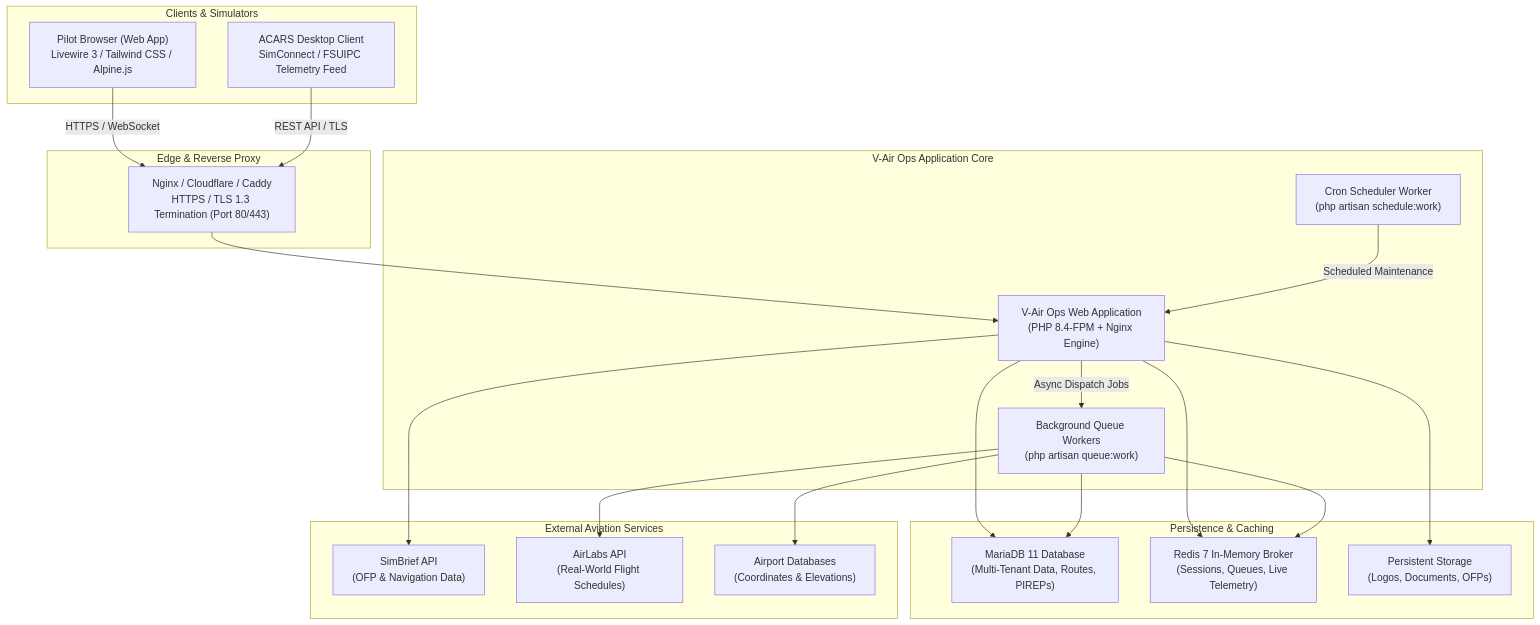
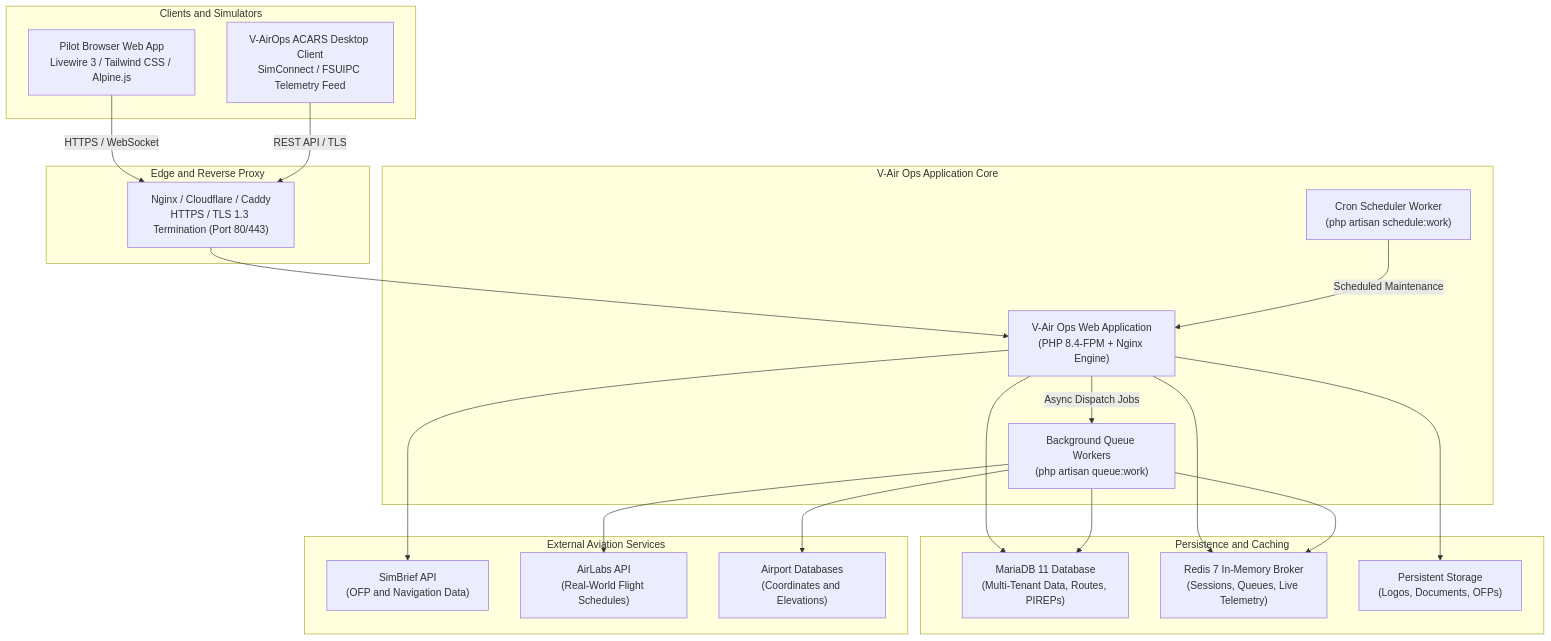
One commit to tathar26/v-airops changed the diagram in README.md. Above: the diagram before and after it, drawn with Mermaid.

Commit message:
docs: fix Mermaid diagram syntax for GitHub rendering

````diff
--- a/README.md
+++ b/README.md
@@ -17,45 +17,45 @@
 ```mermaid
-graph TD
-    subgraph "Clients & Simulators"
-        PILOT["Pilot Browser (Web App)<br/>Livewire 3 / Tailwind CSS / Alpine.js"]
-        ACARS["ACARS Desktop Client<br/>SimConnect / FSUIPC Telemetry Feed"]
+flowchart TD
+    subgraph CLIENTS ["Clients and Simulators"]
+        PILOT["Pilot Browser Web App<br/>Livewire 3 / Tailwind CSS / Alpine.js"]
+        ACARS["V-AirOps ACARS Desktop Client<br/>SimConnect / FSUIPC Telemetry Feed"]
     end
 
-    subgraph "Edge & Reverse Proxy"
+    subgraph PROXY_LAYER ["Edge and Reverse Proxy"]
         PROXY["Nginx / Cloudflare / Caddy<br/>HTTPS / TLS 1.3 Termination (Port 80/443)"]
         PILOT -->|HTTPS / WebSocket| PROXY
         ACARS -->|REST API / TLS| PROXY
     end
 
-    subgraph "V-Air Ops Application Core"
+    subgraph CORE ["V-Air Ops Application Core"]
         APP["V-Air Ops Web Application<br/>(PHP 8.4-FPM + Nginx Engine)"]
         SCHED["Cron Scheduler Worker<br/>(php artisan schedule:work)"]
         QUEUE["Background Queue Workers<br/>(php artisan queue:work)"]
         
         PROXY --> APP
         APP -->|Async Dispatch Jobs| QUEUE
         SCHED -->|Scheduled Maintenance| APP
     end
 
-    subgraph "Persistence & Caching"
+    subgraph PERSISTENCE ["Persistence and Caching"]
         MARIA["MariaDB 11 Database<br/>(Multi-Tenant Data, Routes, PIREPs)"]
         REDIS["Redis 7 In-Memory Broker<br/>(Sessions, Queues, Live Telemetry)"]
         STORAGE["Persistent Storage<br/>(Logos, Documents, OFPs)"]
         
         APP --> MARIA
         APP --> REDIS
         APP --> STORAGE
         QUEUE --> MARIA
         QUEUE --> REDIS
     end
 
-    subgraph "External Aviation Services"
-        SB["SimBrief API<br/>(OFP & Navigation Data)"]
+    subgraph EXTERNAL ["External Aviation Services"]
+        SB["SimBrief API<br/>(OFP and Navigation Data)"]
         AL["AirLabs API<br/>(Real-World Flight Schedules)"]
-        MWGG["Airport Databases<br/>(Coordinates & Elevations)"]
+        MWGG["Airport Databases<br/>(Coordinates and Elevations)"]
         
         APP --> SB
         QUEUE --> AL
         QUEUE --> MWGG
     end
 ```
````
